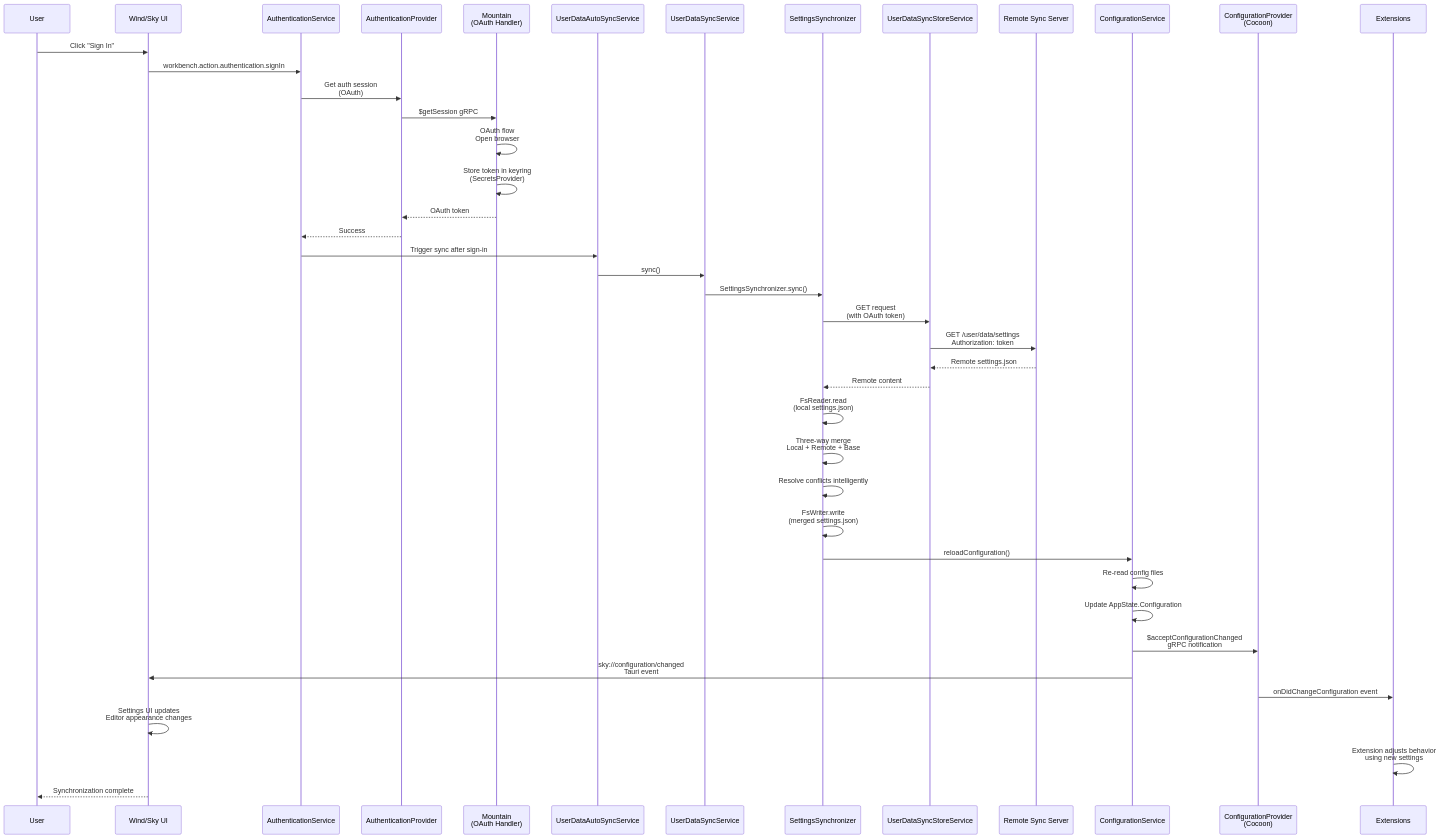
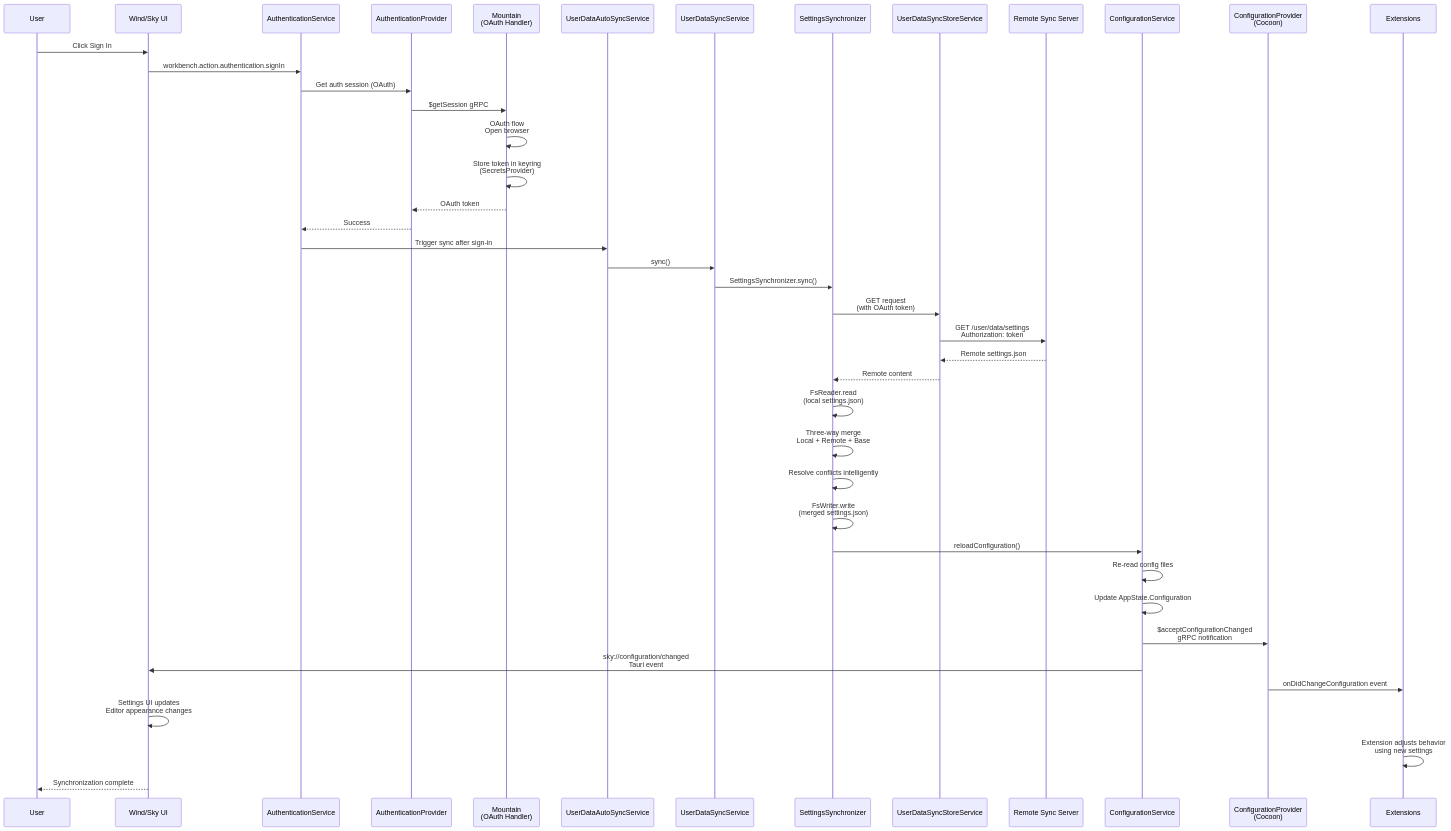
Before and after one commit to CodeEditorLand/Land: the diagram in Documentation/GitHub/Workflow/UserDataSynchronization.md, drawn with Mermaid. The commit also changed other lines of this file and 28 other files, not shown here.

````diff
--- a/Documentation/GitHub/Workflow/UserDataSynchronization.md
+++ b/Documentation/GitHub/Workflow/UserDataSynchronization.md
@@ -13,45 +41,45 @@
 ```mermaid
 sequenceDiagram
     participant User as User
     participant UI as Wind/Sky UI
     participant AS as AuthenticationService
     participant AP as AuthenticationProvider
     participant M1 as Mountain<br/>(OAuth Handler)
     participant ASVC as UserDataAutoSyncService
     participant UDSS as UserDataSyncService
     participant SS as SettingsSynchronizer
     participant UDS as UserDataSyncStoreService
     participant RS as Remote Sync Server
     participant CS as ConfigurationService
     participant CP as ConfigurationProvider<br/>(Cocoon)
     participant EXT as Extensions
 
-    User->>UI: Click "Sign In"
+    User->>UI: Click Sign In
     UI->>AS: workbench.action.authentication.signIn
-    AS->>AP: Get auth session<br/>(OAuth)
+    AS->>AP: Get auth session (OAuth)
     AP->>M1: $getSession gRPC
     M1->>M1: OAuth flow<br/>Open browser
     M1->>M1: Store token in keyring<br/>(SecretsProvider)
     M1-->>AP: OAuth token
     AP-->>AS: Success
     AS->>ASVC: Trigger sync after sign-in
     ASVC->>UDSS: sync()
     UDSS->>SS: SettingsSynchronizer.sync()
     SS->>UDS: GET request<br/>(with OAuth token)
     UDS->>RS: GET /user/data/settings<br/>Authorization: token
     RS-->>UDS: Remote settings.json
     UDS-->>SS: Remote content
     SS->>SS: FsReader.read<br/>(local settings.json)
     SS->>SS: Three-way merge<br/>Local + Remote + Base
     SS->>SS: Resolve conflicts intelligently
     SS->>SS: FsWriter.write<br/>(merged settings.json)
     SS->>CS: reloadConfiguration()
     CS->>CS: Re-read config files
     CS->>CS: Update AppState.Configuration
     CS->>CP: $acceptConfigurationChanged<br/>gRPC notification
     CS->>UI: sky://configuration/changed<br/>Tauri event
     CP->>EXT: onDidChangeConfiguration event
     UI->>UI: Settings UI updates<br/>Editor appearance changes
     EXT->>EXT: Extension adjusts behavior<br/>using new settings
     UI-->>User: Synchronization complete
 ```
````
